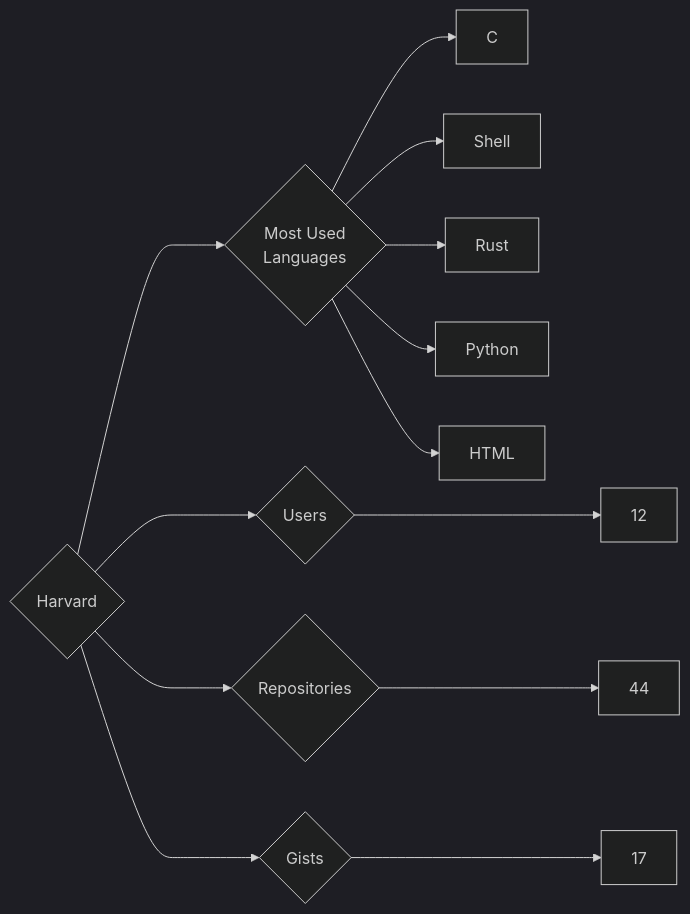
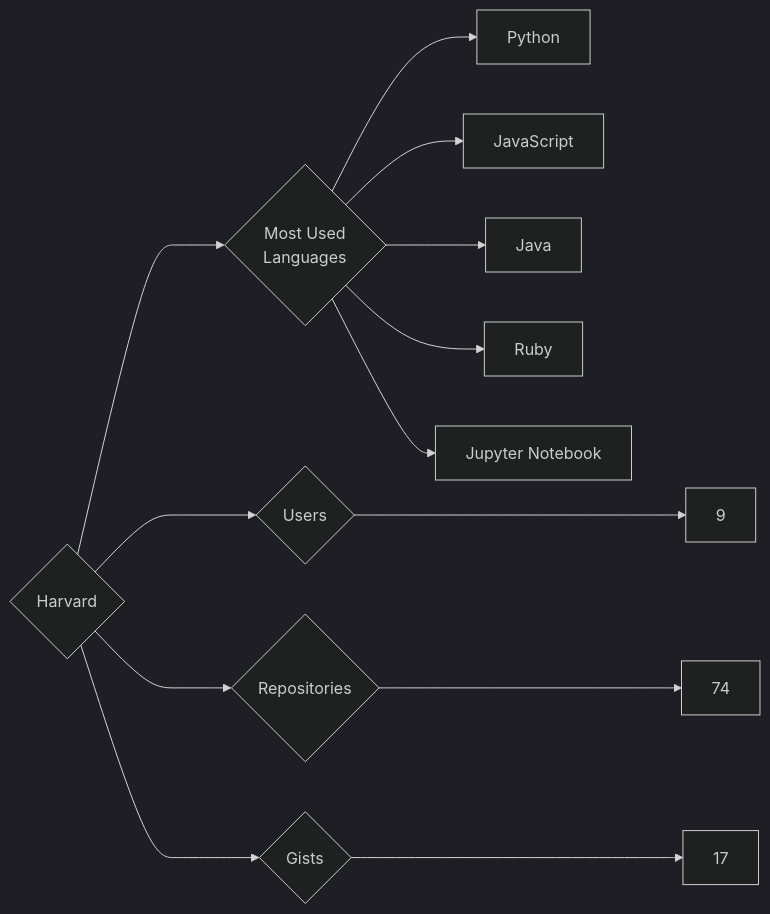
Before and after one commit to trickest/insiders: the diagram in targets/Harvard/README.md, drawn with Mermaid (dark theme). The commit also changed 1195 other files, not shown here.

````diff
--- a/targets/Harvard/README.md
+++ b/targets/Harvard/README.md
@@ -3,13 +3,13 @@
 ```mermaid
 graph LR
 COMPANY_NAME{Harvard}
-COMPANY_NAME ---> U{Users} ---> UN[12]
-COMPANY_NAME ---> R{Repositories} ---> RN[44]
+COMPANY_NAME ---> U{Users} ---> UN[9]
+COMPANY_NAME ---> R{Repositories} ---> RN[74]
 COMPANY_NAME ---> G{Gists} ---> GN[17]
 COMPANY_NAME ---> ML{Most Used<br>Languages}
-ML --> C[C]
-ML --> Shell[Shell]
-ML --> Rust[Rust]
 ML --> Python[Python]
-ML --> HTML[HTML]
+ML --> JavaScript[JavaScript]
+ML --> Java[Java]
+ML --> Ruby[Ruby]
+ML --> Jupyter_Notebook[Jupyter Notebook]
 ```
````
